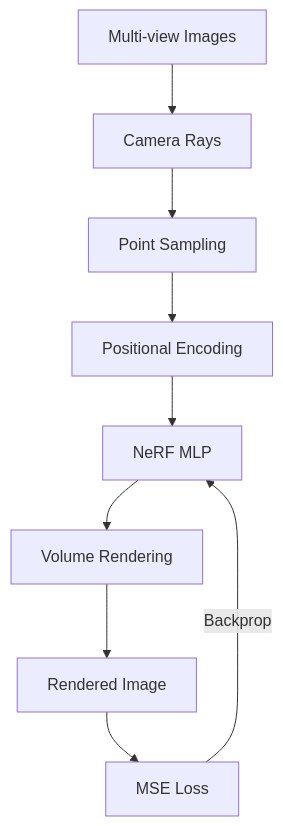
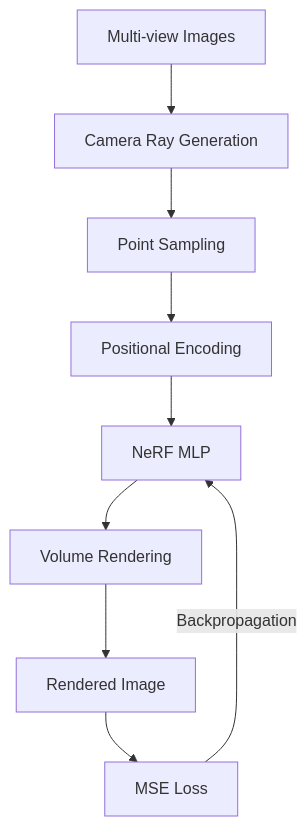
The diagram in README.md (Anas-Javed362/PyTorch-NeRF-3D-Reconstruction), drawn with Mermaid before and after one commit. The commit also changed other lines of this file, not shown here.

````diff
--- a/README.md
+++ b/README.md
@@ -92,11 +109,11 @@
 ```mermaid
 flowchart TD
-    A[Multi-view Images] --> B[Camera Rays]
+    A[Multi-view Images] --> B[Camera Ray Generation]
     B --> C[Point Sampling]
     C --> D[Positional Encoding]
     D --> E[NeRF MLP]
     E --> F[Volume Rendering]
     F --> G[Rendered Image]
     G --> H[MSE Loss]
-    H -->|Backprop| E
+    H -->|Backpropagation| E
 ```
````
